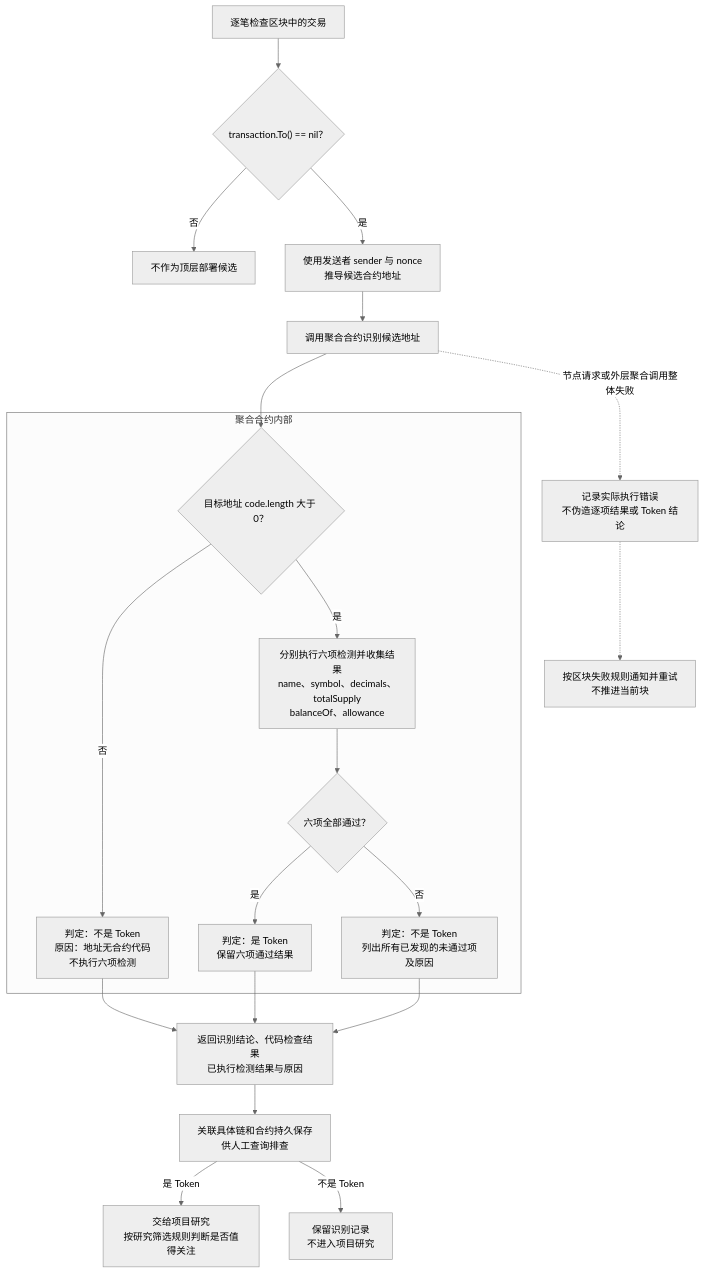
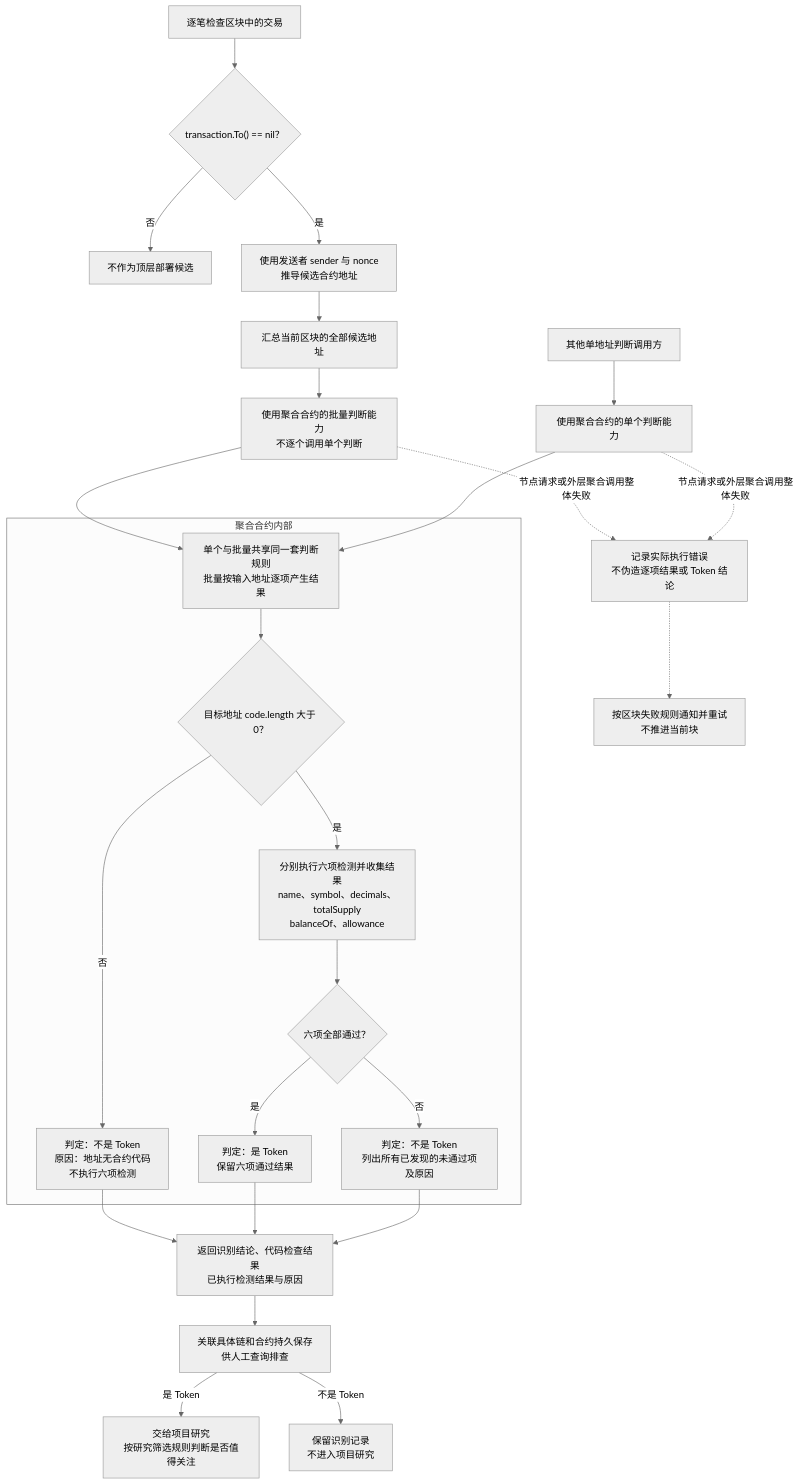
One commit to useryege/athena-o changed the diagram in docs/requirements/token/token-discovery-identification-flow.md. Above: the diagram before and after it, drawn with Mermaid (neutral theme). The commit also changed other lines of this file and 14 other files, not shown here.

````diff
--- a/docs/requirements/token/token-discovery-identification-flow.md
+++ b/docs/requirements/token/token-discovery-identification-flow.md
@@ -13,31 +13,37 @@
 ```mermaid
 flowchart TD
     transactions["逐笔检查区块中的交易"] --> candidate{"transaction.To() == nil？"}
     candidate -->|否| skip["不作为顶层部署候选"]
     candidate -->|是| address["使用发送者 sender 与 nonce<br/>推导候选合约地址"]
-    address --> invoke["调用聚合合约识别候选地址"]
+    address --> collect["汇总当前区块的全部候选地址"]
+    collect --> batchInvoke["使用聚合合约的批量判断能力<br/>不逐个调用单个判断"]
+    singleInput["其他单地址判断调用方"] --> singleInvoke["使用聚合合约的单个判断能力"]
 
     subgraph aggregator["聚合合约内部"]
+        shared["单个与批量共享同一套判断规则<br/>批量按输入地址逐项产生结果"]
         code{"目标地址 code.length 大于 0？"}
         noCode["判定：不是 Token<br/>原因：地址无合约代码<br/>不执行六项检测"]
         probes["分别执行六项检测并收集结果<br/>name、symbol、decimals、totalSupply<br/>balanceOf、allowance"]
         passed{"六项全部通过？"}
         token["判定：是 Token<br/>保留六项通过结果"]
         notToken["判定：不是 Token<br/>列出所有已发现的未通过项及原因"]
+        shared --> code
         code -->|否| noCode
         code -->|是| probes
         probes --> passed
         passed -->|是| token
         passed -->|否| notToken
     end
 
-    invoke --> code
-    invoke -. 节点请求或外层聚合调用整体失败 .-> executionError["记录实际执行错误<br/>不伪造逐项结果或 Token 结论"]
+    batchInvoke --> shared
+    singleInvoke --> shared
+    batchInvoke -. 节点请求或外层聚合调用整体失败 .-> executionError["记录实际执行错误<br/>不伪造逐项结果或 Token 结论"]
+    singleInvoke -. 节点请求或外层聚合调用整体失败 .-> executionError
     executionError -.-> retryBoundary["按区块失败规则通知并重试<br/>不推进当前块"]
     noCode --> returned["返回识别结论、代码检查结果<br/>已执行检测结果与原因"]
     token --> returned
     notToken --> returned
     returned --> persist["关联具体链和合约持久保存<br/>供人工查询排查"]
     persist -->|是 Token| research["交给项目研究<br/>按研究筛选规则判断是否值得关注"]
     persist -->|不是 Token| retained["保留识别记录<br/>不进入项目研究"]
 ```
````
